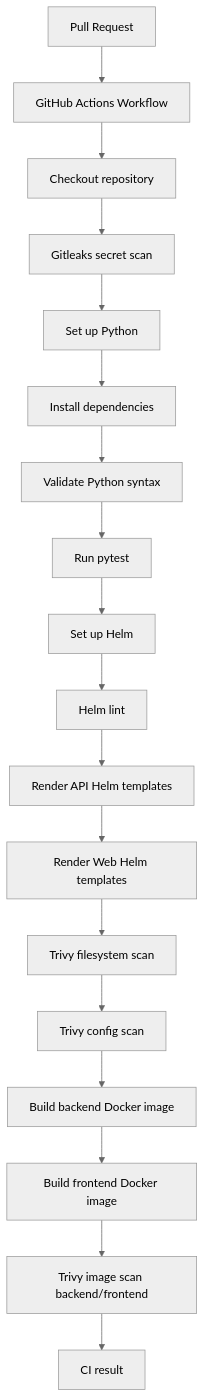
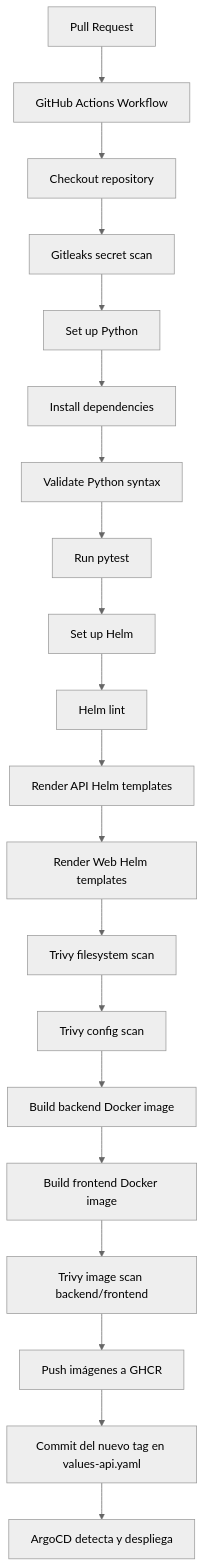
Before and after one commit to oscarHidalgo93/devops-project: the third of 3 diagrams in README.md, drawn with Mermaid (neutral theme). The commit also changed other lines of this file, not shown here.

First line of the commit message:
docs: documentar GitOps con ArgoCD

````diff
--- a/README.md
+++ b/README.md
@@ -642,20 +653,22 @@
 ```mermaid
 flowchart TD
     PR[Pull Request] --> Workflow[GitHub Actions Workflow]
     Workflow --> Checkout[Checkout repository]
     Checkout --> Gitleaks[Gitleaks secret scan]
     Gitleaks --> Python[Set up Python]
     Python --> Dependencies[Install dependencies]
     Dependencies --> Syntax[Validate Python syntax]
     Syntax --> Tests[Run pytest]
     Tests --> HelmSetup[Set up Helm]
     HelmSetup --> HelmLint[Helm lint]
     HelmLint --> RenderAPI[Render API Helm templates]
     RenderAPI --> RenderWeb[Render Web Helm templates]
     RenderWeb --> TrivyFS[Trivy filesystem scan]
     TrivyFS --> TrivyConfig[Trivy config scan]
     TrivyConfig --> BuildBackend[Build backend Docker image]
     BuildBackend --> BuildFrontend[Build frontend Docker image]
     BuildFrontend --> TrivyImages[Trivy image scan backend/frontend]
-    TrivyImages --> Result[CI result]
+    TrivyImages --> PushGHCR[Push imágenes a GHCR]
+    PushGHCR --> UpdateTag[Commit del nuevo tag en values-api.yaml]
+    UpdateTag --> ArgoCD[ArgoCD detecta y despliega]
 ```
````
